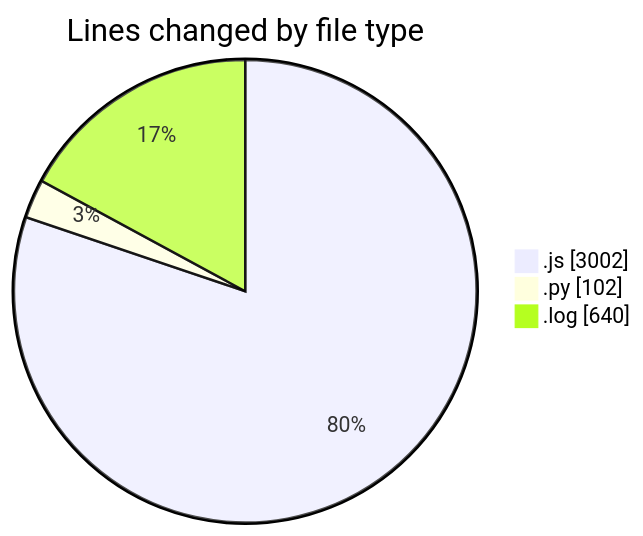
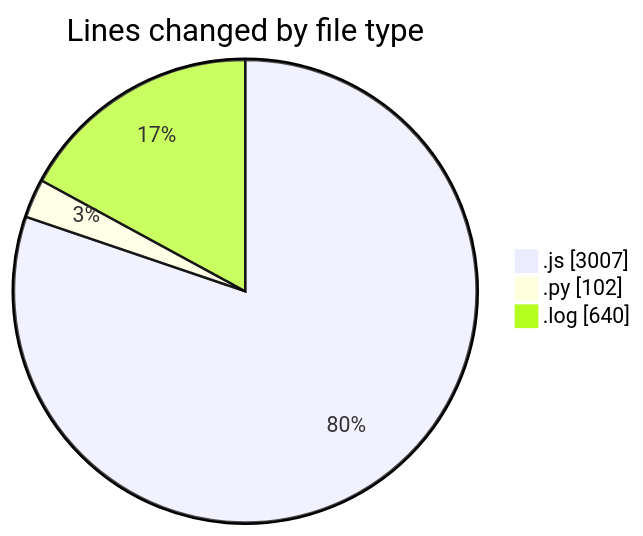
One commit to nxtqubesakshisongat/code-tracking changed the first of 2 diagrams in 2025-04-16/nxtqube_webapp/README.md. Above: the diagram before and after it, drawn with Mermaid. The commit also changed other lines of this file and 1 other file, not shown here.

````diff
--- a/2025-04-16/nxtqube_webapp/README.md
+++ b/2025-04-16/nxtqube_webapp/README.md
@@ -24,7 +24,7 @@
 ```mermaid
 pie showData
 title Lines changed by file type
-".js" : 3002
+".js" : 3007
 ".py" : 102
 ".log" : 640
 ```
````
